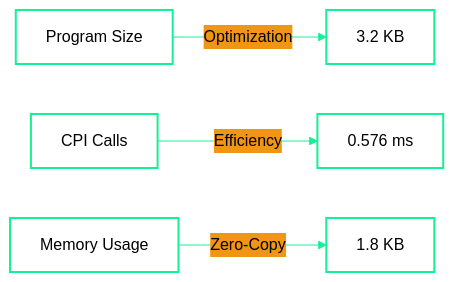
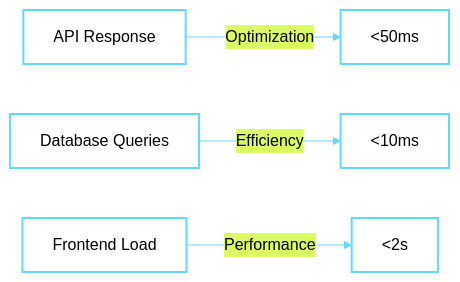
The first of 2 diagrams in README.md (sagarregmi2056/sagarregmi2056), drawn with Mermaid before and after one commit. The commit also changed other lines of this file, not shown here.

````diff
--- a/README.md
+++ b/README.md
@@ -107,13 +128,13 @@
 ```mermaid
-%%{init: {'theme': 'base', 'themeVariables': { 'fontFamily': 'monospace', 'primaryColor': '#14F195', 'primaryTextColor': '#000000', 'lineColor': '#14F195', 'fontSize': '16px'}}}%%
+%%{init: {'theme': 'base', 'themeVariables': { 'fontFamily': 'monospace', 'primaryColor': '#61DAFB', 'primaryTextColor': '#000000', 'lineColor': '#61DAFB', 'fontSize': '16px'}}}%%
 graph LR
-    A[Program Size] -->|Optimization| B[3.2 KB]
-    C[CPI Calls] -->|Efficiency| D[0.576 ms]
-    E[Memory Usage] -->|Zero-Copy| F[1.8 KB]
-    style A fill:#FFFFFF,stroke:#14F195,stroke-width:2px,color:#000000
-    style B fill:#FFFFFF,stroke:#14F195,stroke-width:2px,color:#000000
-    style C fill:#FFFFFF,stroke:#14F195,stroke-width:2px,color:#000000
-    style D fill:#FFFFFF,stroke:#14F195,stroke-width:2px,color:#000000
-    style E fill:#FFFFFF,stroke:#14F195,stroke-width:2px,color:#000000
-    style F fill:#FFFFFF,stroke:#14F195,stroke-width:2px,color:#000000
+    A[API Response] -->|Optimization| B[<50ms]
+    C[Database Queries] -->|Efficiency| D[<10ms]
+    E[Frontend Load] -->|Performance| F[<2s]
+    style A fill:#FFFFFF,stroke:#61DAFB,stroke-width:2px,color:#000000
+    style B fill:#FFFFFF,stroke:#61DAFB,stroke-width:2px,color:#000000
+    style C fill:#FFFFFF,stroke:#61DAFB,stroke-width:2px,color:#000000
+    style D fill:#FFFFFF,stroke:#61DAFB,stroke-width:2px,color:#000000
+    style E fill:#FFFFFF,stroke:#61DAFB,stroke-width:2px,color:#000000
+    style F fill:#FFFFFF,stroke:#61DAFB,stroke-width:2px,color:#000000
 ```
````
